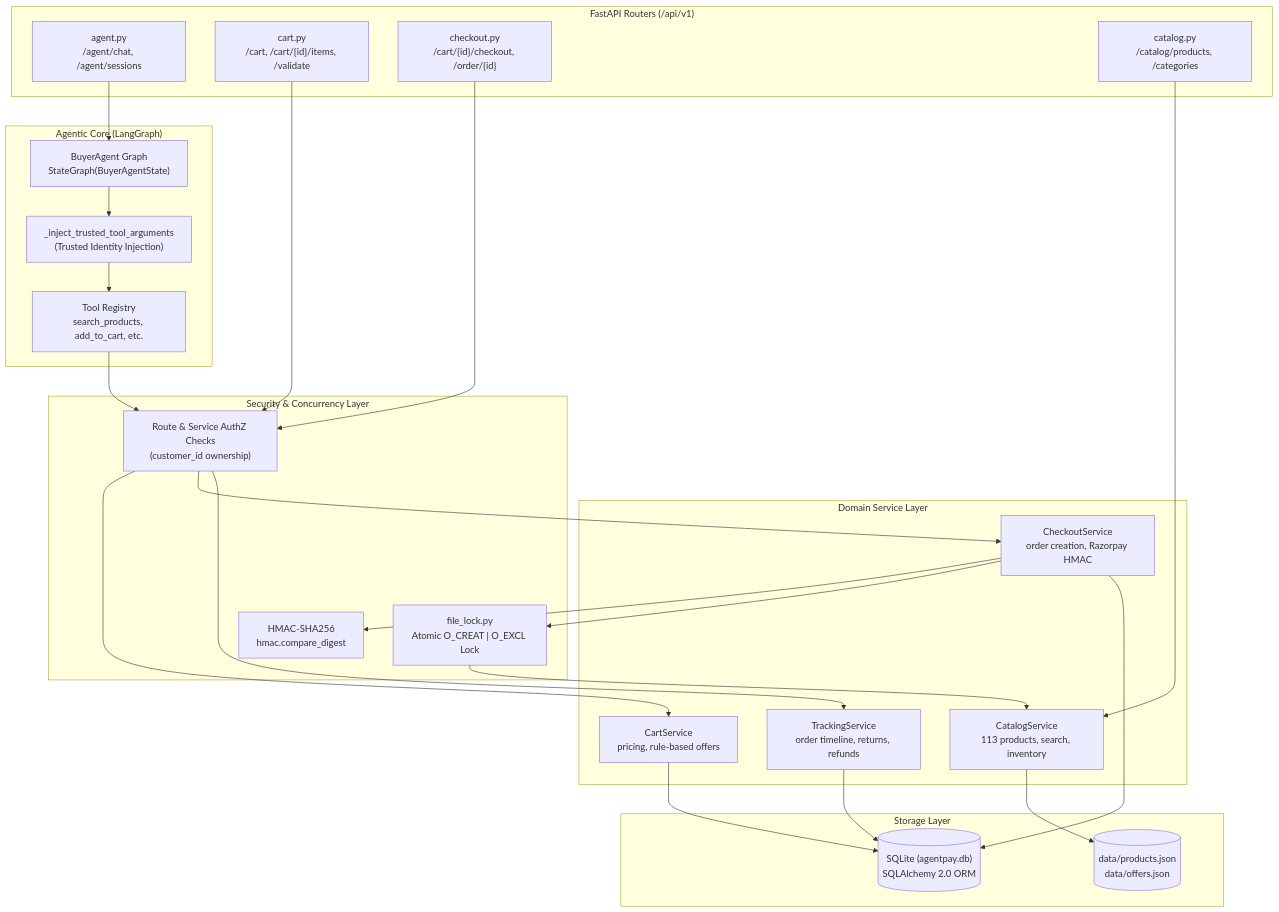
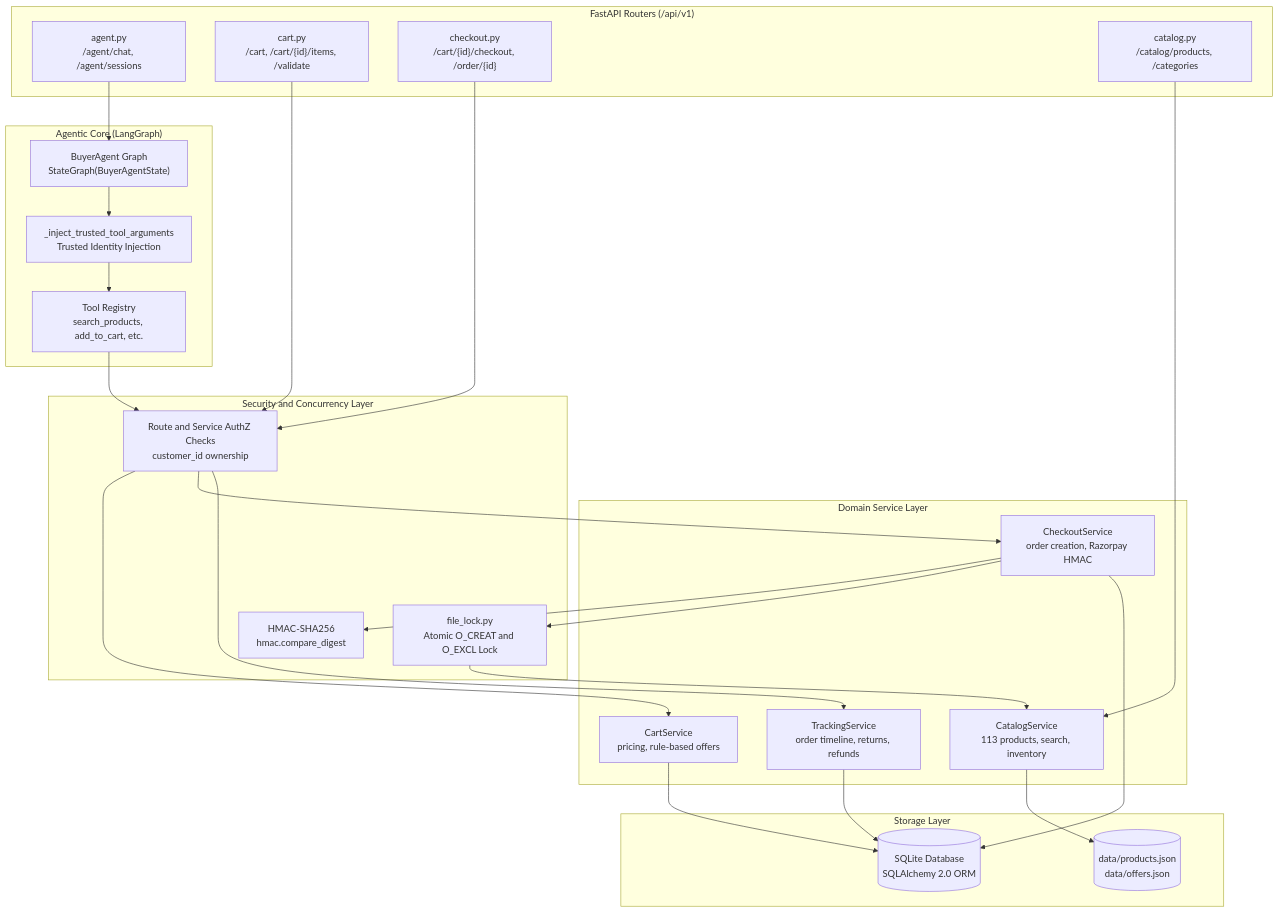
The diagram in backend/README.md (amaymishra1104/agentpay-ai), drawn with Mermaid before and after one commit. The commit also changed 5 other files, not shown here.

Commit message:
docs: polish architecture diagram and repository hygiene

````diff
--- a/backend/README.md
+++ b/backend/README.md
@@ -9,55 +9,55 @@
 ```mermaid
 flowchart TD
     subgraph API_Routers["FastAPI Routers (/api/v1)"]
-        AGENT_ROUTER["agent.py\n/agent/chat, /agent/sessions"]
-        CART_ROUTER["cart.py\n/cart, /cart/{id}/items, /validate"]
-        CHECKOUT_ROUTER["checkout.py\n/cart/{id}/checkout, /order/{id}"]
-        CATALOG_ROUTER["catalog.py\n/catalog/products, /categories"]
+        AGENT_ROUTER["agent.py<br/>/agent/chat, /agent/sessions"]
+        CART_ROUTER["cart.py<br/>/cart, /cart/{id}/items, /validate"]
+        CHECKOUT_ROUTER["checkout.py<br/>/cart/{id}/checkout, /order/{id}"]
+        CATALOG_ROUTER["catalog.py<br/>/catalog/products, /categories"]
     end
 
     subgraph Agent_Core["Agentic Core (LangGraph)"]
-        GRAPH["BuyerAgent Graph\nStateGraph(BuyerAgentState)"]
-        INJECT["_inject_trusted_tool_arguments\n(Trusted Identity Injection)"]
-        TOOLS["Tool Registry\nsearch_products, add_to_cart, etc."]
+        GRAPH["BuyerAgent Graph<br/>StateGraph(BuyerAgentState)"]
+        INJECT["_inject_trusted_tool_arguments<br/>Trusted Identity Injection"]
+        TOOLS["Tool Registry<br/>search_products, add_to_cart, etc."]
     end
 
     subgraph Domain_Services["Domain Service Layer"]
-        CATALOG_SVC["CatalogService\n113 products, search, inventory"]
-        CART_SVC["CartService\npricing, rule-based offers"]
-        CHECKOUT_SVC["CheckoutService\norder creation, Razorpay HMAC"]
-        TRACKING_SVC["TrackingService\norder timeline, returns, refunds"]
+        CATALOG_SVC["CatalogService<br/>113 products, search, inventory"]
+        CART_SVC["CartService<br/>pricing, rule-based offers"]
+        CHECKOUT_SVC["CheckoutService<br/>order creation, Razorpay HMAC"]
+        TRACKING_SVC["TrackingService<br/>order timeline, returns, refunds"]
     end
 
-    subgraph Security_Concur["Security & Concurrency Layer"]
-        AUTHZ_CHK["Route & Service AuthZ Checks\n(customer_id ownership)"]
-        FILE_LOCK["file_lock.py\nAtomic O_CREAT | O_EXCL Lock"]
-        HMAC_VERIFY["HMAC-SHA256\nhmac.compare_digest"]
+    subgraph Security_Concur["Security and Concurrency Layer"]
+        AUTHZ_CHK["Route and Service AuthZ Checks<br/>customer_id ownership"]
+        FILE_LOCK["file_lock.py<br/>Atomic O_CREAT and O_EXCL Lock"]
+        HMAC_VERIFY["HMAC-SHA256<br/>hmac.compare_digest"]
     end
 
     subgraph Persistence["Storage Layer"]
-        SQLITE[("SQLite (agentpay.db)\nSQLAlchemy 2.0 ORM")]
-        JSON_DATA[("data/products.json\ndata/offers.json")]
+        SQLITE[("SQLite Database<br/>SQLAlchemy 2.0 ORM")]
+        JSON_DATA[("data/products.json<br/>data/offers.json")]
     end
 
     AGENT_ROUTER --> GRAPH
     GRAPH --> INJECT
     INJECT --> TOOLS
     TOOLS --> AUTHZ_CHK
 
     CART_ROUTER --> AUTHZ_CHK
     CHECKOUT_ROUTER --> AUTHZ_CHK
     CATALOG_ROUTER --> CATALOG_SVC
 
     AUTHZ_CHK --> CART_SVC
     AUTHZ_CHK --> CHECKOUT_SVC
     AUTHZ_CHK --> TRACKING_SVC
 
     CHECKOUT_SVC --> HMAC_VERIFY
     CHECKOUT_SVC --> FILE_LOCK
     FILE_LOCK --> CATALOG_SVC
     CATALOG_SVC --> JSON_DATA
 
     CART_SVC --> SQLITE
     CHECKOUT_SVC --> SQLITE
     TRACKING_SVC --> SQLITE
 ```
````
